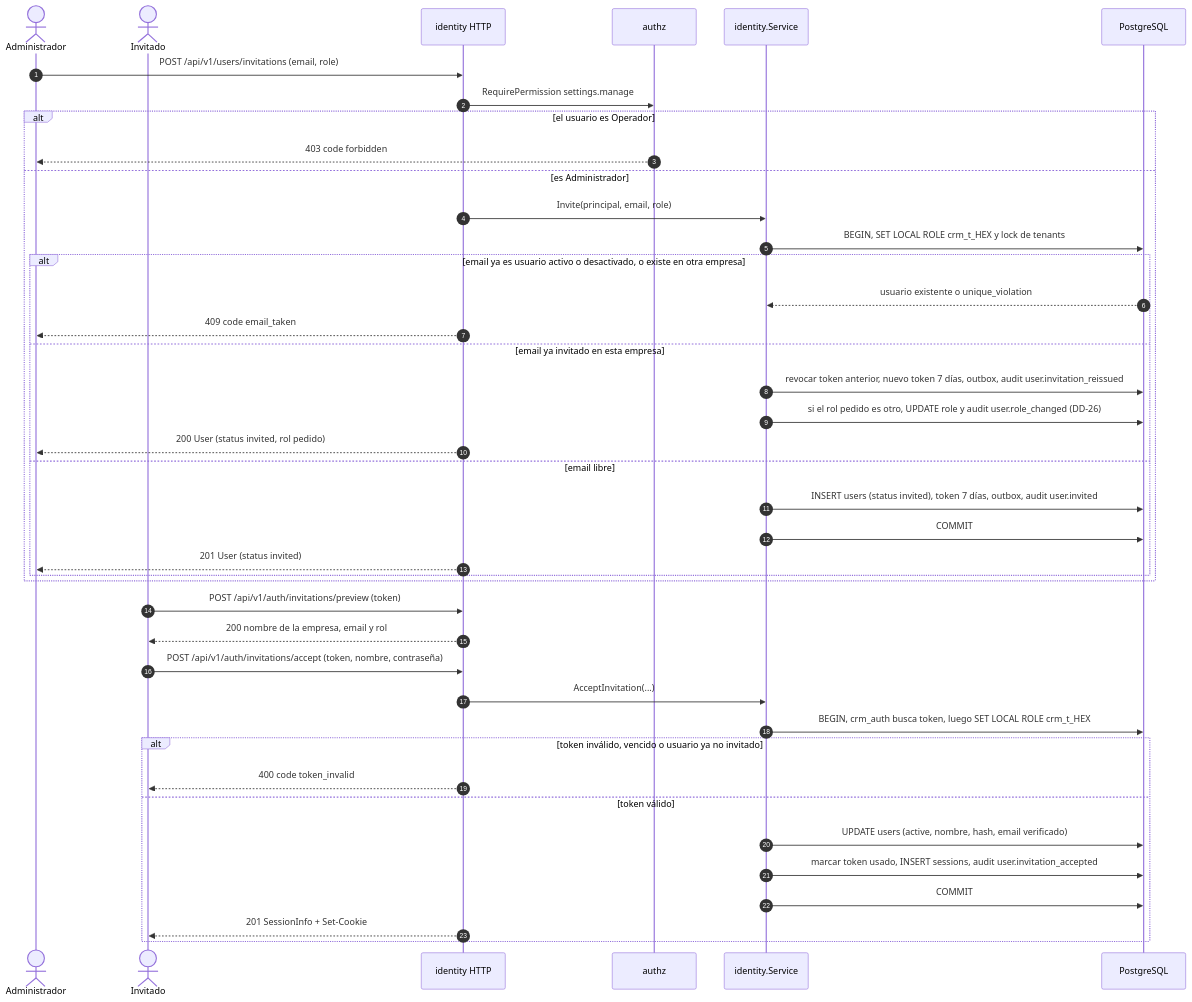
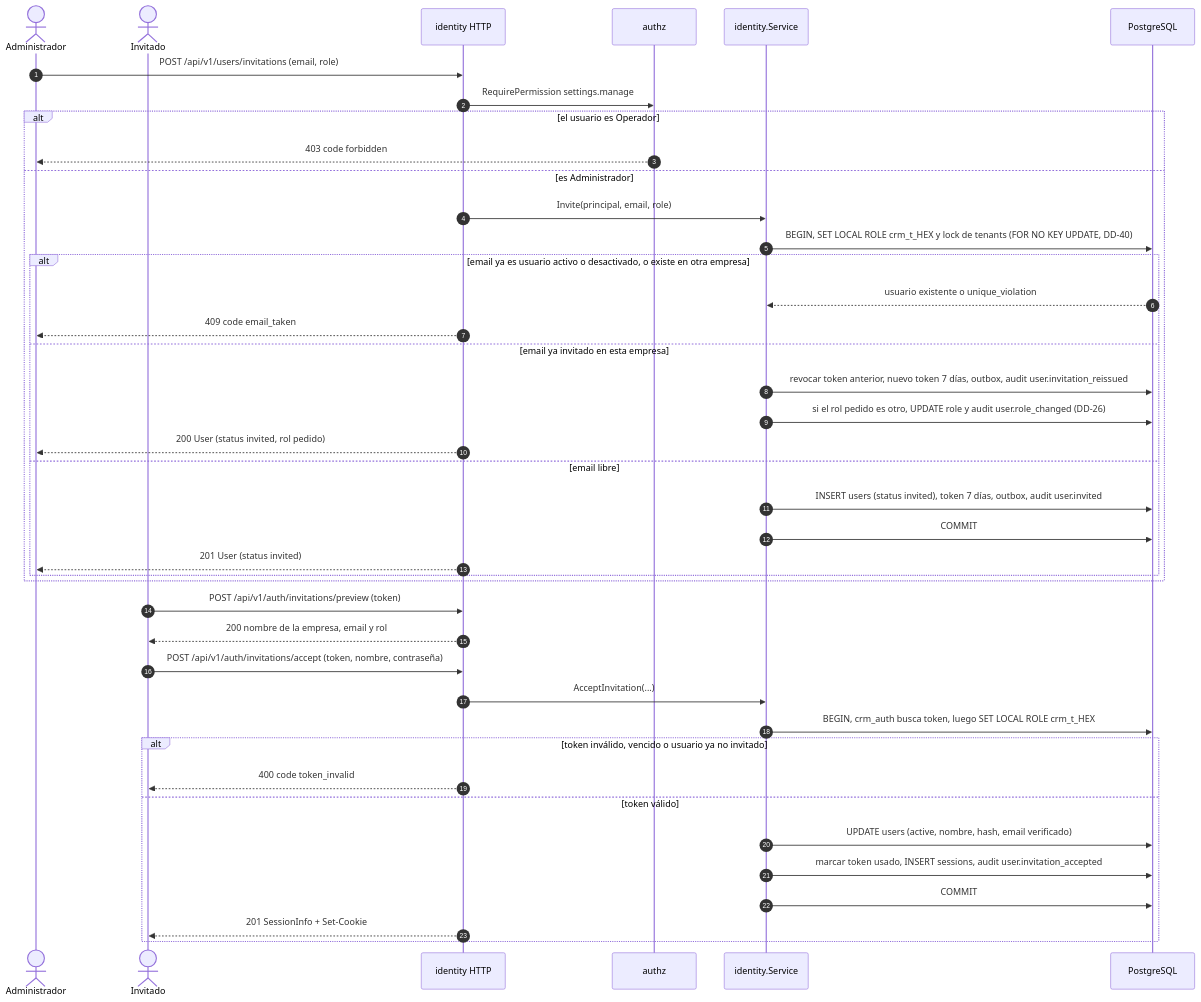
The sixth of 12 diagrams in specs/001-empresas-usuarios/plan.md (fdelillo/crm), drawn with Mermaid before and after one commit. The commit also changed other lines of this file and 3 other files, not shown here.

First line of the commit message:
docs(001): lock the tenant row with FOR NO KEY UPDATE (DD-40)

````diff
--- a/specs/001-empresas-usuarios/plan.md
+++ b/specs/001-empresas-usuarios/plan.md
@@ -503,45 +505,45 @@
 ```mermaid
 sequenceDiagram
     autonumber
     actor A as Administrador
     actor O as Invitado
     participant H as identity HTTP
     participant Z as authz
     participant S as identity.Service
     participant DB as PostgreSQL
 
     A->>H: POST /api/v1/users/invitations (email, role)
     H->>Z: RequirePermission settings.manage
     alt el usuario es Operador
         Z-->>A: 403 code forbidden
     else es Administrador
         H->>S: Invite(principal, email, role)
-        S->>DB: BEGIN, SET LOCAL ROLE crm_t_HEX y lock de tenants
+        S->>DB: BEGIN, SET LOCAL ROLE crm_t_HEX y lock de tenants (FOR NO KEY UPDATE, DD-40)
         alt email ya es usuario activo o desactivado, o existe en otra empresa
             DB-->>S: usuario existente o unique_violation
             H-->>A: 409 code email_taken
         else email ya invitado en esta empresa
             S->>DB: revocar token anterior, nuevo token 7 días, outbox, audit user.invitation_reissued
             S->>DB: si el rol pedido es otro, UPDATE role y audit user.role_changed (DD-26)
             H-->>A: 200 User (status invited, rol pedido)
         else email libre
             S->>DB: INSERT users (status invited), token 7 días, outbox, audit user.invited
             S->>DB: COMMIT
             H-->>A: 201 User (status invited)
         end
     end
 
     O->>H: POST /api/v1/auth/invitations/preview (token)
     H-->>O: 200 nombre de la empresa, email y rol
     O->>H: POST /api/v1/auth/invitations/accept (token, nombre, contraseña)
     H->>S: AcceptInvitation(...)
     S->>DB: BEGIN, crm_auth busca token, luego SET LOCAL ROLE crm_t_HEX
     alt token inválido, vencido o usuario ya no invitado
         H-->>O: 400 code token_invalid
     else token válido
         S->>DB: UPDATE users (active, nombre, hash, email verificado)
         S->>DB: marcar token usado, INSERT sessions, audit user.invitation_accepted
         S->>DB: COMMIT
         H-->>O: 201 SessionInfo + Set-Cookie
     end
 ```
````
